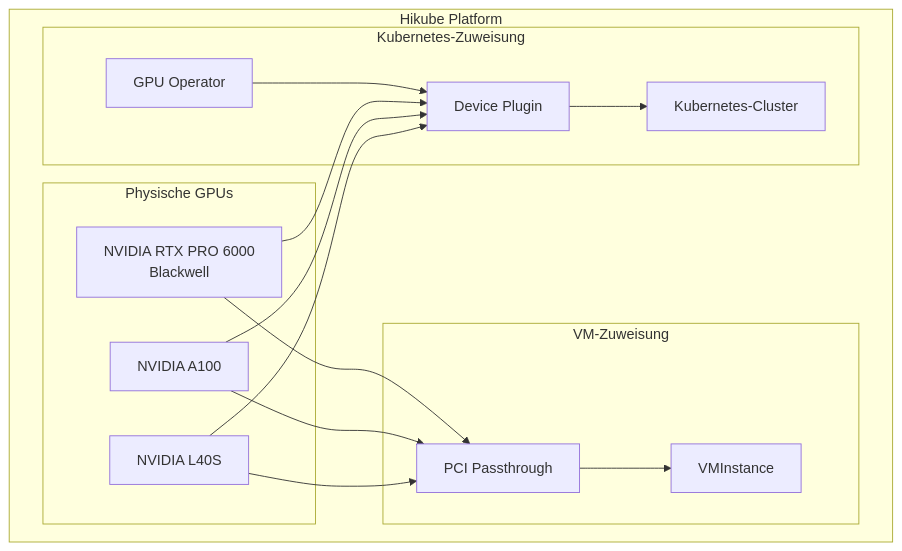
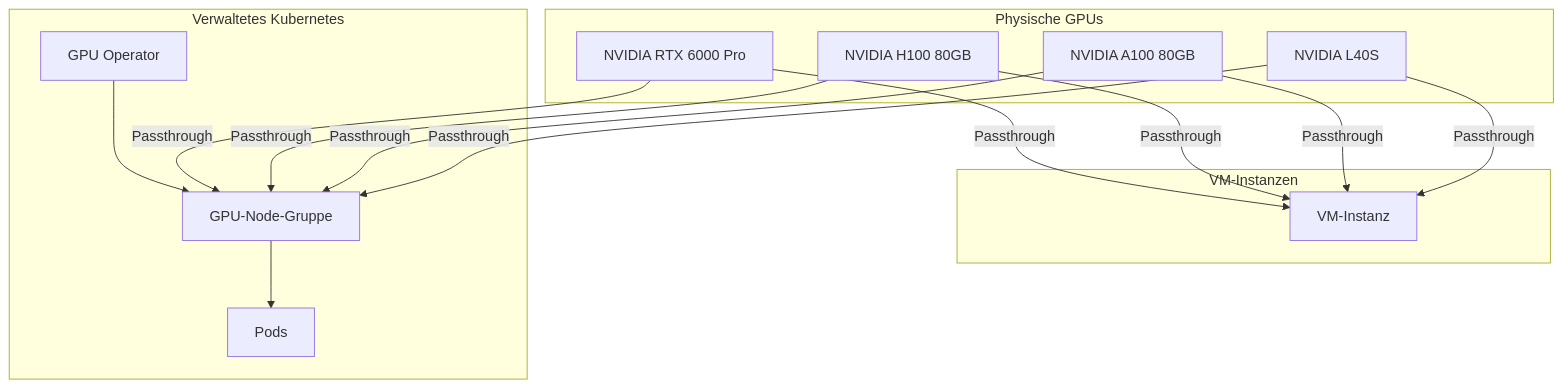
One commit to HidoraSwiss/hikube-public-doc changed the first of 2 diagrams in i18n/de/docusaurus-plugin-content-docs/current/services/gpu/concepts.md. Above: the diagram before and after it, drawn with Mermaid. The commit also changed other lines of this file and 148 other files, not shown here.

````diff
--- a/i18n/de/docusaurus-plugin-content-docs/current/services/gpu/concepts.md
+++ b/i18n/de/docusaurus-plugin-content-docs/current/services/gpu/concepts.md
@@ -12,32 +12,24 @@
 ```mermaid
 graph TB
-    subgraph "Hikube Platform"
-        subgraph "Physische GPUs"
-            G1[NVIDIA L40S]
-            G2[NVIDIA A100]
-            G3[NVIDIA RTX PRO 6000<br/>Blackwell]
-        end
-
-        subgraph "VM-Zuweisung"
-            VMI[VMInstance]
-            PT[PCI Passthrough]
-        end
-
-        subgraph "Kubernetes-Zuweisung"
-            K8S[Kubernetes-Cluster]
-            DP[Device Plugin]
-            GO[GPU Operator]
-        end
+    subgraph "Physische GPUs"
+        G1[NVIDIA L40S]
+        G2[NVIDIA A100 80GB]
+        G3[NVIDIA H100 80GB]
+        G4[NVIDIA RTX 6000 Pro]
     end
 
-    G1 --> PT
-    G2 --> PT
-    G3 --> PT
-    PT --> VMI
+    subgraph "VM-Instanzen"
+        VMI[VM-Instanz]
+    end
 
-    G1 --> DP
-    G2 --> DP
-    G3 --> DP
-    GO --> DP
-    DP --> K8S
+    subgraph "Verwaltetes Kubernetes"
+        NG[GPU-Node-Gruppe]
+        GO[GPU Operator]
+        POD[Pods]
+    end
+
+    G1 & G2 & G3 & G4 -->|Passthrough| VMI
+    G1 & G2 & G3 & G4 -->|Passthrough| NG
+    GO --> NG
+    NG --> POD
 ```
````
